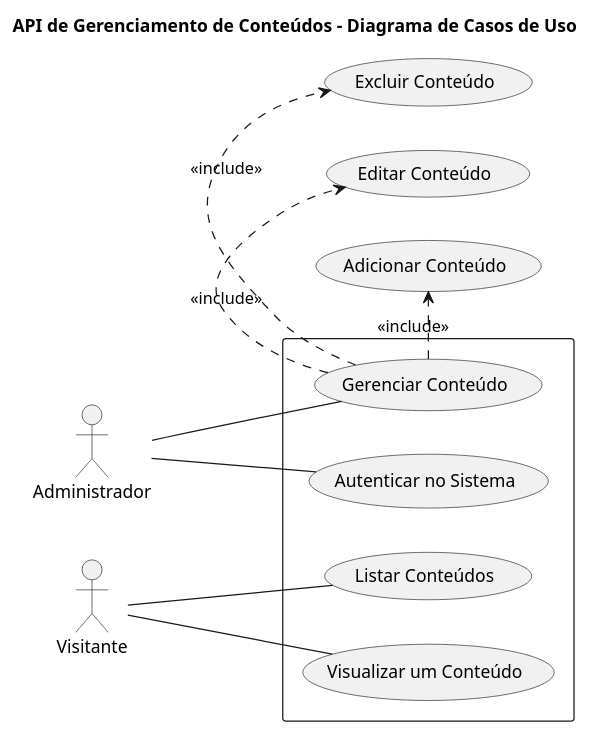
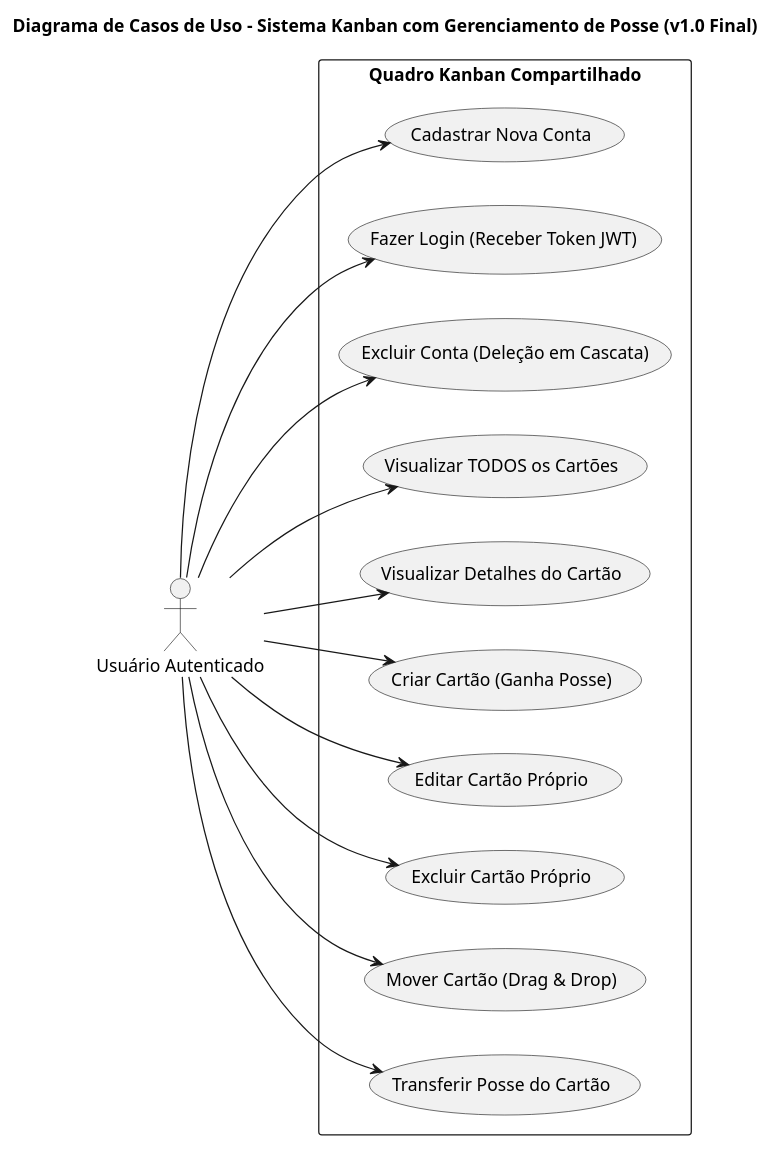
One commit to Ha1000tonG/sistema-lista changed the diagram in CASO_DE_USO.puml. Above: the diagram before and after it, drawn with PlantUML. The commit also changed 2 other files, not shown here.

Commit message:
docs: Atualizações nos arquivos, Caso de Uso, Readme e Requisitos.

```diff
--- a/CASO_DE_USO.puml
+++ b/CASO_DE_USO.puml
@@ -1,37 +1,55 @@
 @startuml CASO_DE_USO
 
-' Define o título do diagrama
-title API de Gerenciamento de Conteúdos - Diagrama de Casos de Uso
+' ------------------------------------------------------------------
+' TÍTULO E ORIENTAÇÃO
+' ------------------------------------------------------------------
+title Diagrama de Casos de Uso - Sistema Kanban com Gerenciamento de Posse (v1.0 Final)
 
-' Define os atores
+' Define a direção do diagrama
 left to right direction
-actor "Administrador" as admin
-actor "Visitante" as visitor
 
-' Define o retângulo que representa o sistema
-rectangle {
+' ------------------------------------------------------------------
+' ATOR
+' ------------------------------------------------------------------
+' O único ator é o usuário que está logado no sistema (autenticado)
+actor "Usuário Autenticado" as AuthUser
 
-  ' Casos de uso do Administrador
-  usecase "Autenticar no Sistema" as UC1
-  usecase "Gerenciar Conteúdo" as UC2
+' ------------------------------------------------------------------
+' SISTEMA (LIMITE)
+' ------------------------------------------------------------------
+rectangle "Quadro Kanban Compartilhado" {
 
-  ' Casos de uso do Visitante
-  usecase "Listar Conteúdos" as UC3
-  usecase "Visualizar um Conteúdo" as UC4
+  ' Casos de Uso de Acesso
+  usecase "Cadastrar Nova Conta" as UC_SIGNUP
+  usecase "Fazer Login (Receber Token JWT)" as UC_LOGIN
+  usecase "Excluir Conta (Deleção em Cascata)" as UC_DEL_USER
+
+  ' Casos de Uso de Visualização e Colaboração
+  usecase "Visualizar TODOS os Cartões" as UC_LIST_ALL
+  usecase "Visualizar Detalhes do Cartão" as UC_VIEW_DETAIL
+
+  ' Casos de Uso de Gerenciamento de Posse (Ações CRUD)
+  usecase "Criar Cartão (Ganha Posse)" as UC_CREATE
+  usecase "Editar Cartão Próprio" as UC_EDIT
+  usecase "Excluir Cartão Próprio" as UC_DELETE
+  usecase "Mover Cartão (Drag & Drop)" as UC_MOVE
+  usecase "Transferir Posse do Cartão" as UC_TRANSFER
 }
 
-' Ligações dos atores aos casos de uso
-admin -- UC1
-admin -- UC2
+' ------------------------------------------------------------------
+' RELACIONAMENTOS (O Usuário Autenticado faz todas as ações)
+' ------------------------------------------------------------------
+AuthUser --> UC_SIGNUP
+AuthUser --> UC_LOGIN
+AuthUser --> UC_DEL_USER
+AuthUser --> UC_LIST_ALL
+AuthUser --> UC_VIEW_DETAIL
 
-visitor -- UC3
-visitor -- UC4
-
-' Detalhando o caso de uso "Gerenciar Conteúdo"
-' A relação "include" significa que para gerenciar, é preciso fazer uma dessas ações.
-UC2 .> (Adicionar Conteúdo) : <<include>>
-UC2 .> (Editar Conteúdo) : <<include>>
-UC2 .> (Excluir Conteúdo) : <<include>>
-
+' Ligações diretas para as ações de Gerenciamento de Posse
+AuthUser --> UC_CREATE
+AuthUser --> UC_EDIT
+AuthUser --> UC_DELETE
+AuthUser --> UC_MOVE
+AuthUser --> UC_TRANSFER
 
 @enduml
```
